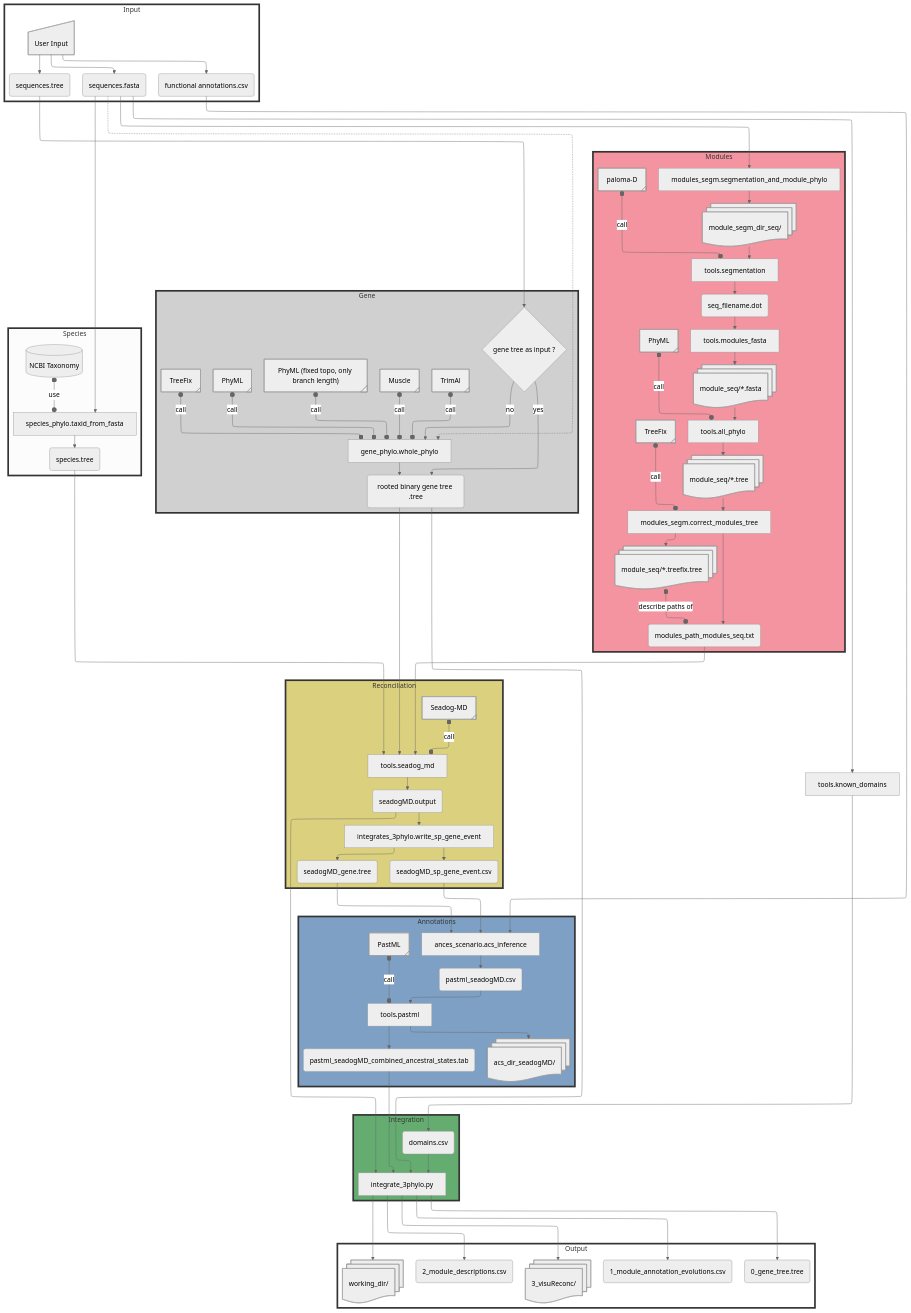
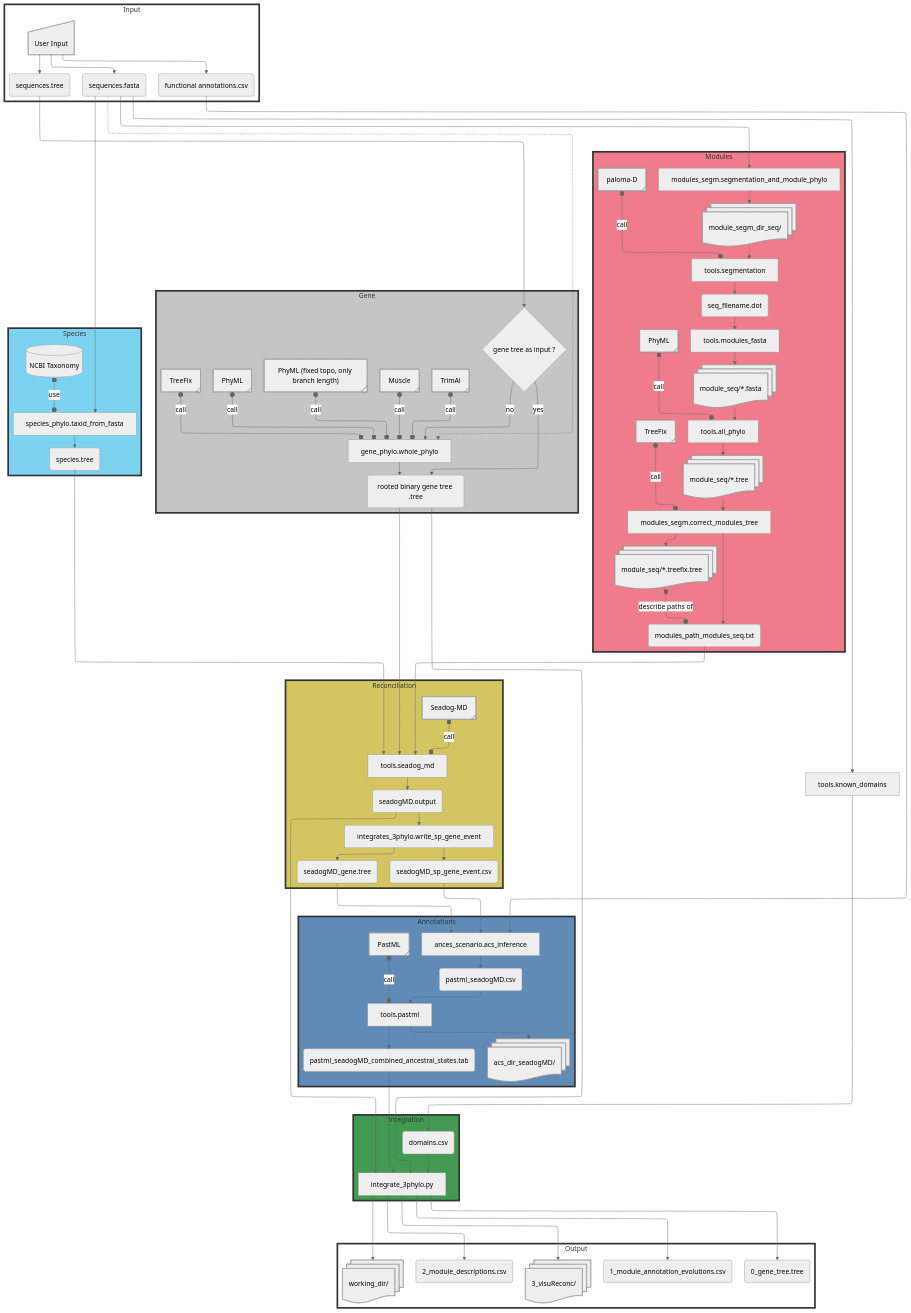
One commit to OcMalde/fuse-phylotree changed the diagram in README.md. Above: the diagram before and after it, drawn with Mermaid.

Commit message:
readme mermaid test

```diff
--- a/README.md
+++ b/README.md
@@ -22,7 +22,7 @@
   layout: elk
   look: classic
   theme: neutral
-  fontSize: 20
+  fontSize: 50
 ---
 flowchart TB
 
@@ -50,7 +50,7 @@
 m10 --> m14(modules_path_modules_seq.txt)
 m13 o--o|describe paths of| m14
 end
-style Modules fill:#EE6677B1,stroke:#333,stroke-width:4px
+style Modules fill:#EE6677D9,stroke:#333,stroke-width:4px
 
 subgraph Gene
 B(sequences.tree) --> g1{gene tree as input ?}
@@ -64,14 +64,14 @@
 g8@{ shape: tag-rect, label: "PhyML (fixed topo, only branch length)" } o--o|call| g3
 g3 --> g2
 end
-style Gene fill:#BBBBBBB1,stroke:#333,stroke-width:4px
+style Gene fill:#BBBBBBD9,stroke:#333,stroke-width:4px
 
 subgraph Species
 A --> s1[species_phylo.taxid_from_fasta]
 s2@{ shape: cyl, label: "NCBI Taxonomy" } o--o|use| s1
 s1 --> s3(species.tree)
 end
-style Species fill:#66CCCEEB1,stroke:#333,stroke-width:4px
+style Species fill:#66CCEED9,stroke:#333,stroke-width:4px
 
 A --> d1[tools.known_domains]
 d1 --> d2(domains.csv)
@@ -86,7 +86,7 @@
 r4 --> r5(seadogMD_sp_gene_event.csv)
 r4 --> r6(seadogMD_gene.tree)
 end
-style Reconciliation fill:#CCBB44B1,stroke:#333,stroke-width:4px
+style Reconciliation fill:#CCBB44D9,stroke:#333,stroke-width:4px
 
 subgraph Annotations
 C(functional annotations.csv) --> a1[ances_scenario.acs_inference]
@@ -98,7 +98,7 @@
 a3 --> a5(pastml_seadogMD_combined_ancestral_states.tab)
 a3 --> a6@{ shape: docs, label: "acs_dir_seadogMD/" }
 end
-style Annotations fill:#4477AAB1,stroke:#333,stroke-width:4px
+style Annotations fill:#4477AAD9,stroke:#333,stroke-width:4px
 
 subgraph Integration
 r3 --> i1[integrate_3phylo.py]
@@ -106,7 +106,7 @@
 a5 --> i1
 d2 --> i1
 end
-style Integration fill:#228833B1,stroke:#333,stroke-width:4px
+style Integration fill:#228833D9,stroke:#333,stroke-width:4px
 
 subgraph Output
 i1 --> i2(0_gene_tree.tree)
```
